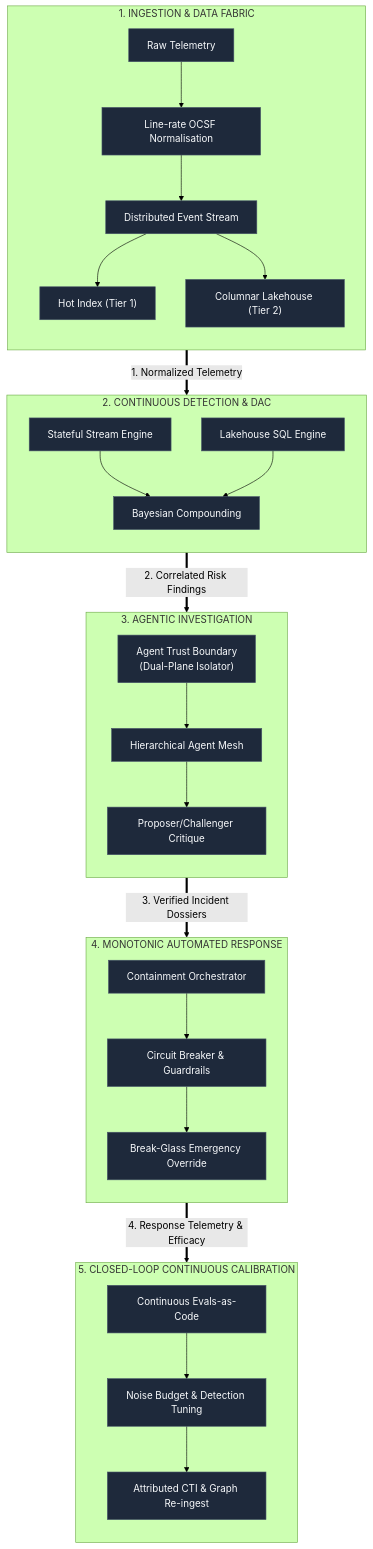
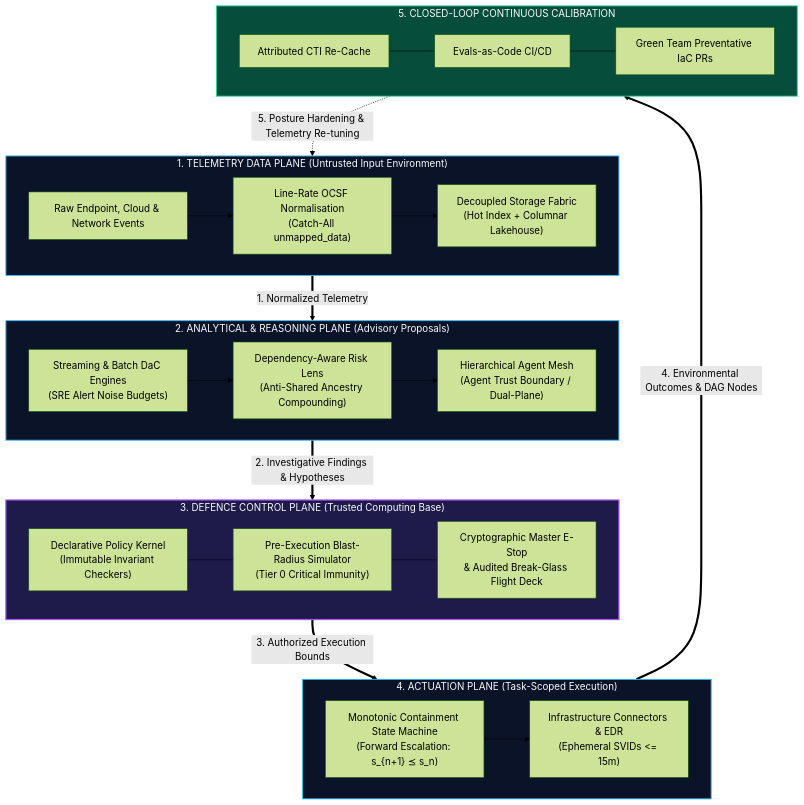
Before and after one commit to Haribu/TIDIR: the first of 2 diagrams in docs/index.md, drawn with Mermaid (forest theme). The commit also changed other lines of this file and 21 other files, not shown here.

Commit message:
feat(release): v1.0.0 — world-class reference architecture, assurance map, 4-plane model, and machine graph

````diff
--- a/docs/index.md
+++ b/docs/index.md
@@ -82,52 +56,45 @@
 ```mermaid
 flowchart TB
-    subgraph S1["1. INGESTION & DATA FABRIC"]
-        direction TB
-        RAW["Raw Telemetry"] --> NORM["Line-rate OCSF Normalisation"]
-        NORM --> BUS["Distributed Event Stream"]
-        BUS --> HOT["Hot Index (Tier 1)"]
-        BUS --> LAKE["Columnar Lakehouse (Tier 2)"]
+    %% Styling Classes
+    classDef plane fill:#0b1329,stroke:#38bdf8,stroke-width:1.5px,color:#f8fafc;
+    classDef kernel fill:#1e1b4b,stroke:#a855f7,stroke-width:2px,color:#f8fafc;
+    classDef feedback fill:#064e3b,stroke:#34d399,stroke-width:1.5px,color:#f8fafc;
+
+    subgraph DP ["1. TELEMETRY DATA PLANE (Untrusted Input Environment)"]
+        direction LR
+        P1_RAW["Raw Endpoint, Cloud & Network Events"] --> P1_NORM["Line-Rate OCSF Normalisation\n(Catch-All unmapped_data)"]
+        P1_NORM --> P1_LAKE["Decoupled Storage Fabric\n(Hot Index + Columnar Lakehouse)"]
     end
 
-    subgraph S2["2. CONTINUOUS DETECTION & DAC"]
-        direction TB
-        STREAM_DET["Stateful Stream Engine"]
-        BATCH_DET["Lakehouse SQL Engine"]
-        BAYES["Bayesian Compounding"]
-        STREAM_DET --> BAYES
-        BATCH_DET --> BAYES
+    subgraph AP ["2. ANALYTICAL & REASONING PLANE (Advisory Proposals)"]
+        direction LR
+        P2_DET["Streaming & Batch DaC Engines\n(SRE Alert Noise Budgets)"] --> P2_BAYES["Dependency-Aware Risk Lens\n(Anti-Shared Ancestry Compounding)"]
+        P2_BAYES --> P2_AGENT["Hierarchical Agent Mesh\n(Agent Trust Boundary / Dual-Plane)"]
     end
 
-    subgraph S3["3. AGENTIC INVESTIGATION"]
-        direction TB
-        FW["Agent Trust Boundary\n(Dual-Plane Isolator)"]
-        MESH["Hierarchical Agent Mesh"]
-        ARB["Proposer/Challenger Critique"]
-        FW --> MESH --> ARB
+    subgraph DCP ["3. DEFENCE CONTROL PLANE (Trusted Computing Base)"]
+        direction LR
+        P3_POL["Declarative Policy Kernel\n(Immutable Invariant Checkers)"] --- P3_SIM["Pre-Execution Blast-Radius Simulator\n(Tier 0 Critical Immunity)"]
+        P3_SIM --- P3_ESTOP["Cryptographic Master E-Stop\n& Audited Break-Glass Flight Deck"]
     end
 
-    subgraph S4["4. MONOTONIC AUTOMATED RESPONSE"]
-        direction TB
-        RESP["Containment Orchestrator"]
-        CIRCUIT["Circuit Breaker & Guardrails"]
-        BG["Break-Glass Emergency Override"]
-        RESP --> CIRCUIT --> BG
+    subgraph ACT ["4. ACTUATION PLANE (Task-Scoped Execution)"]
+        direction LR
+        P4_SAGA["Monotonic Containment State Machine\n(Forward Escalation: s_{n+1} ⪯ s_n)"] --> P4_EXEC["Infrastructure Connectors & EDR\n(Ephemeral SVIDs <= 15m)"]
     end
 
-    subgraph S5["5. CLOSED-LOOP CONTINUOUS CALIBRATION"]
-        direction TB
-        EVALS["Continuous Evals-as-Code"]
-        TUNING["Noise Budget & Detection Tuning"]
-        FEEDBACK["Attributed CTI & Graph Re-ingest"]
-        EVALS --> TUNING --> FEEDBACK
+    subgraph FB ["5. CLOSED-LOOP CONTINUOUS CALIBRATION"]
+        direction LR
+        FB_FEED["Attributed CTI Re-Cache"] --- FB_EVAL["Evals-as-Code CI/CD"] --- FB_GREEN["Green Team Preventative IaC PRs"]
     end
 
-    S1 ==>|1. Normalized Telemetry| S2
-    S2 ==>|2. Correlated Risk Findings| S3
-    S3 ==>|3. Verified Incident Dossiers| S4
-    S4 ==>|4. Response Telemetry & Efficacy| S5
+    DP ==>|1. Normalized Telemetry| AP
+    AP ==>|2. Investigative Findings & Hypotheses| DCP
+    DCP ==>|3. Authorized Execution Bounds| ACT
+    ACT ==>|4. Environmental Outcomes & DAG Nodes| FB
+    FB -.->|5. Posture Hardening & Telemetry Re-tuning| DP
 
-    classDef default fill:#1e293b,stroke:#475569,stroke-width:1px,color:#f8fafc;
-    classDef highlight fill:#0f766e,stroke:#14b8a6,stroke-width:1.5px,color:#ffffff;
-    class RAW,NORM,BUS,HOT,LAKE,STREAM_DET,BATCH_DET,BAYES,FW,MESH,ARB,RESP,CIRCUIT,BG,EVALS,TUNING,FEEDBACK default;
+    class DP,AP,ACT plane;
+    class DCP kernel;
+    class FB feedback;
 ```
````
